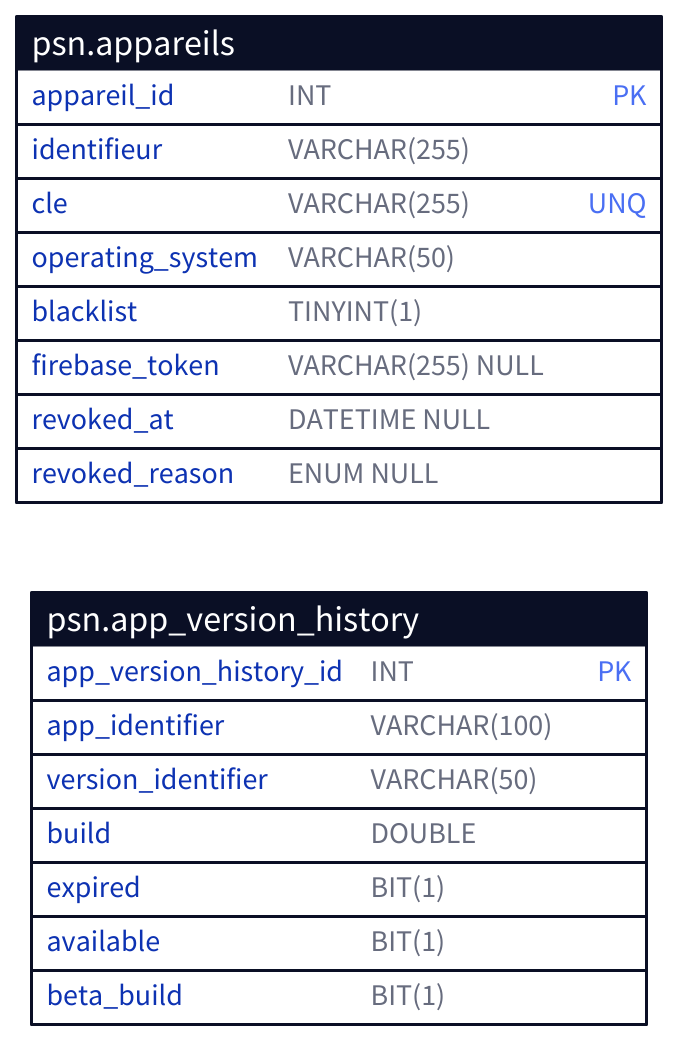
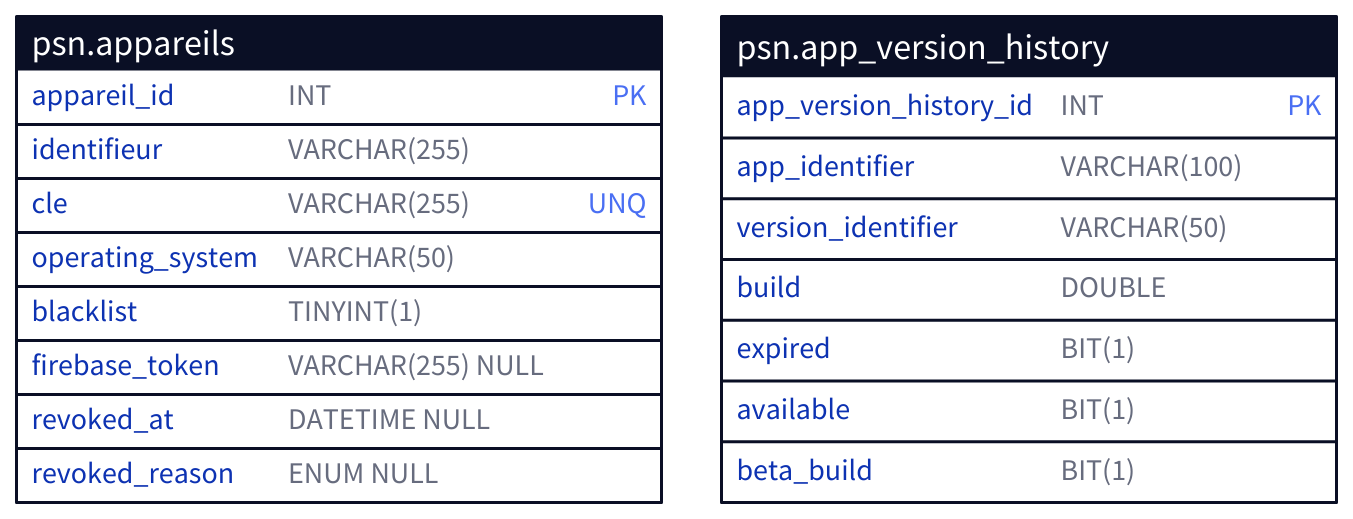
One commit to TomPlanche/first-year-thesis changed the diagram in assets/d2/app_service_er.d2. Above: the diagram before and after it, drawn with D2. The commit also changed 8 other files, not shown here.

Commit message:
[21] (feat on main) Fix some d2 schemas, add `annexes` part

```diff
--- a/assets/d2/app_service_er.d2
+++ b/assets/d2/app_service_er.d2
@@ -1,24 +1,24 @@
-direction: right
+grid-columns: 2
 
 appareils: "psn.appareils" {
   shape: sql_table
   appareil_id: "INT" {constraint: primary_key}
   identifieur: "VARCHAR(255)"
   cle: "VARCHAR(255)" {constraint: unique}
   operating_system: "VARCHAR(50)"
   blacklist: "TINYINT(1)"
   firebase_token: "VARCHAR(255) NULL"
   revoked_at: "DATETIME NULL"
   revoked_reason: "ENUM NULL"
 }
 
 app_version_history: "psn.app_version_history" {
   shape: sql_table
   app_version_history_id: "INT" {constraint: primary_key}
   app_identifier: "VARCHAR(100)"
   version_identifier: "VARCHAR(50)"
   build: "DOUBLE"
   expired: "BIT(1)"
   available: "BIT(1)"
   beta_build: "BIT(1)"
 }
```
